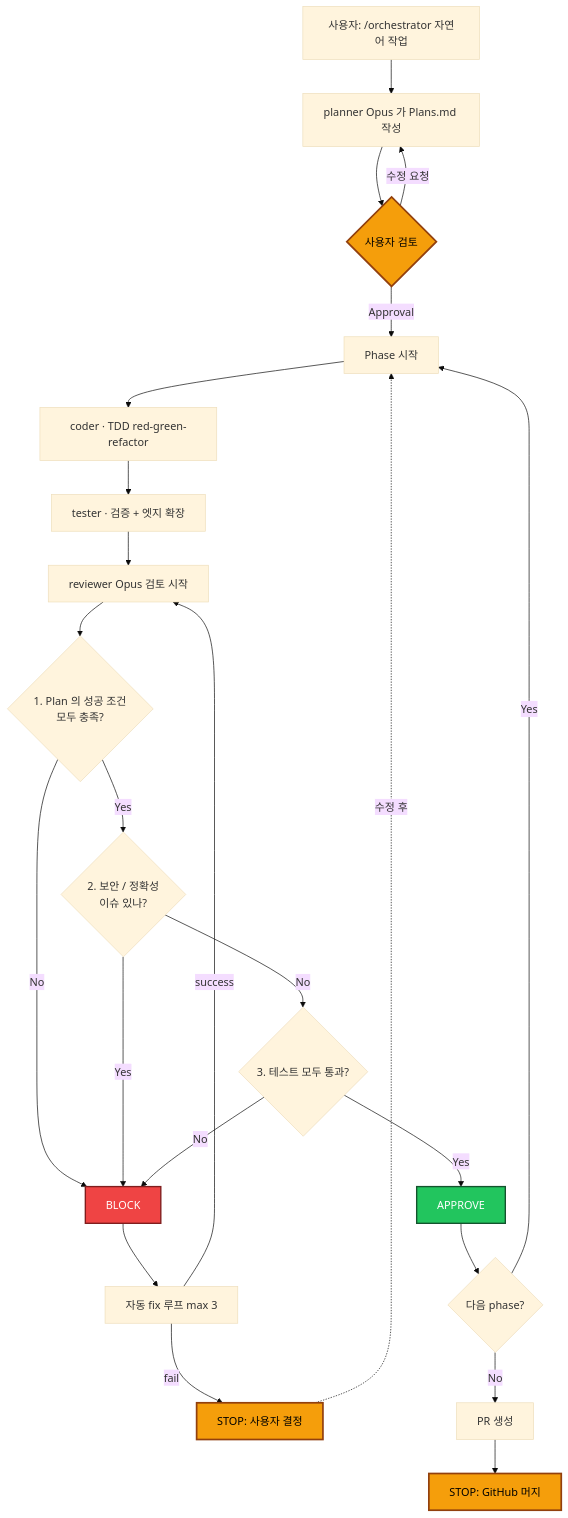
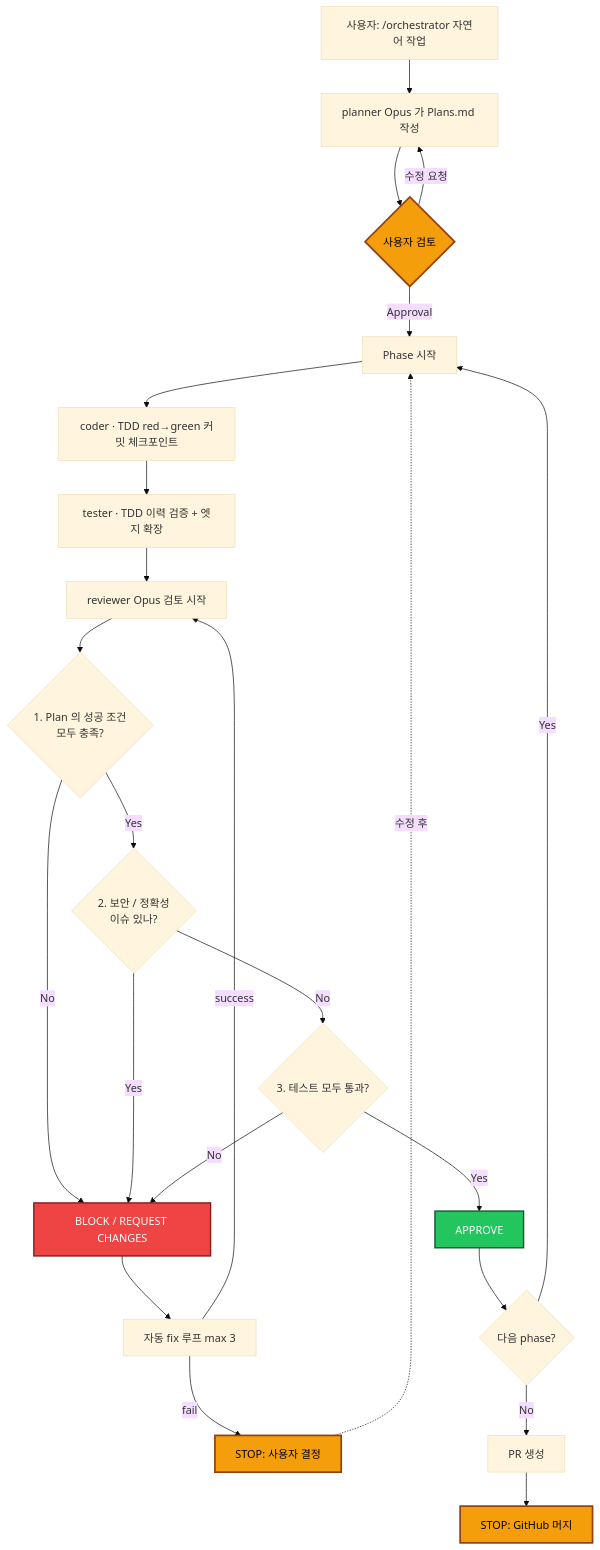
Before and after one commit to jangheejeong/claude-code-harness: the diagram in README.md, drawn with Mermaid (base theme). The commit also changed other lines of this file and 27 other files, not shown here.

First line of the commit message:
feat: harness overhaul — commit-checkpoint TDD flow, hook protocol fix, best-practice alignment

````diff
--- a/README.md
+++ b/README.md
@@ -205,36 +187,36 @@
 ```mermaid
 flowchart TD
     Start[사용자: /orchestrator 자연어 작업] --> Plan[planner Opus 가 Plans.md 작성]
     Plan --> Gate1{사용자 검토}
     Gate1 -->|Approval| Phase[Phase 시작]
     Gate1 -->|수정 요청| Plan
 
-    Phase --> Coder[coder · TDD red-green-refactor]
-    Coder --> Tester[tester · 검증 + 엣지 확장]
+    Phase --> Coder[coder · TDD red→green 커밋 체크포인트]
+    Coder --> Tester[tester · TDD 이력 검증 + 엣지 확장]
     Tester --> R[reviewer Opus 검토 시작]
 
     R --> C1{1. Plan 의 성공 조건<br/>모두 충족?}
-    C1 -->|No| BLOCK[BLOCK]
+    C1 -->|No| BLOCK[BLOCK / REQUEST CHANGES]
     C1 -->|Yes| C2{2. 보안 / 정확성<br/>이슈 있나?}
     C2 -->|Yes| BLOCK
     C2 -->|No| C3{3. 테스트 모두 통과?}
     C3 -->|No| BLOCK
     C3 -->|Yes| APPROVE[APPROVE]
 
     BLOCK --> Fix[자동 fix 루프 max 3]
     Fix -->|fail| Gate2[STOP: 사용자 결정]
     Fix -->|success| R
     Gate2 -.수정 후.-> Phase
 
     APPROVE --> Next{다음 phase?}
     Next -->|Yes| Phase
     Next -->|No| PR[PR 생성]
     PR --> Gate3[STOP: GitHub 머지]
 
     classDef gate fill:#f59e0b,stroke:#92400e,stroke-width:2.5px,color:#000
     class Gate1,Gate2,Gate3 gate
     classDef block fill:#ef4444,stroke:#7f1d1d,stroke-width:2px,color:#fff
     class BLOCK block
     classDef approve fill:#22c55e,stroke:#14532d,stroke-width:2px,color:#fff
     class APPROVE approve
 ```
````
